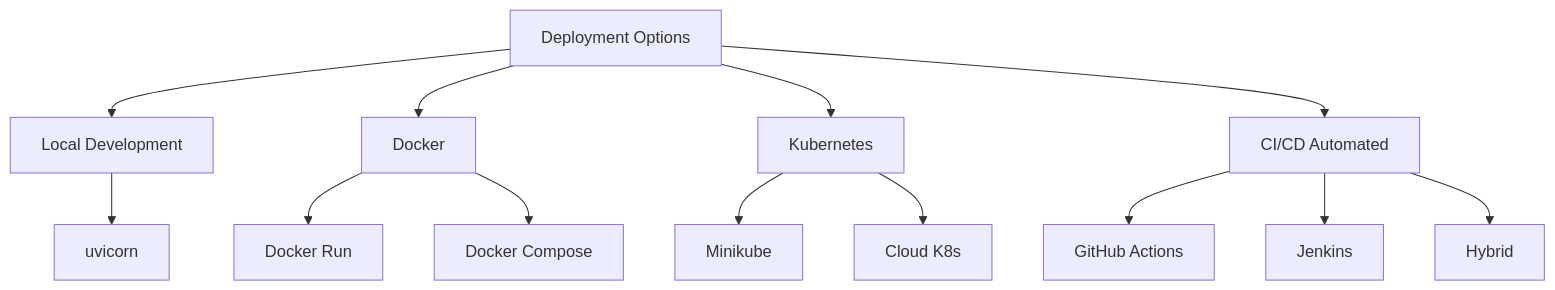
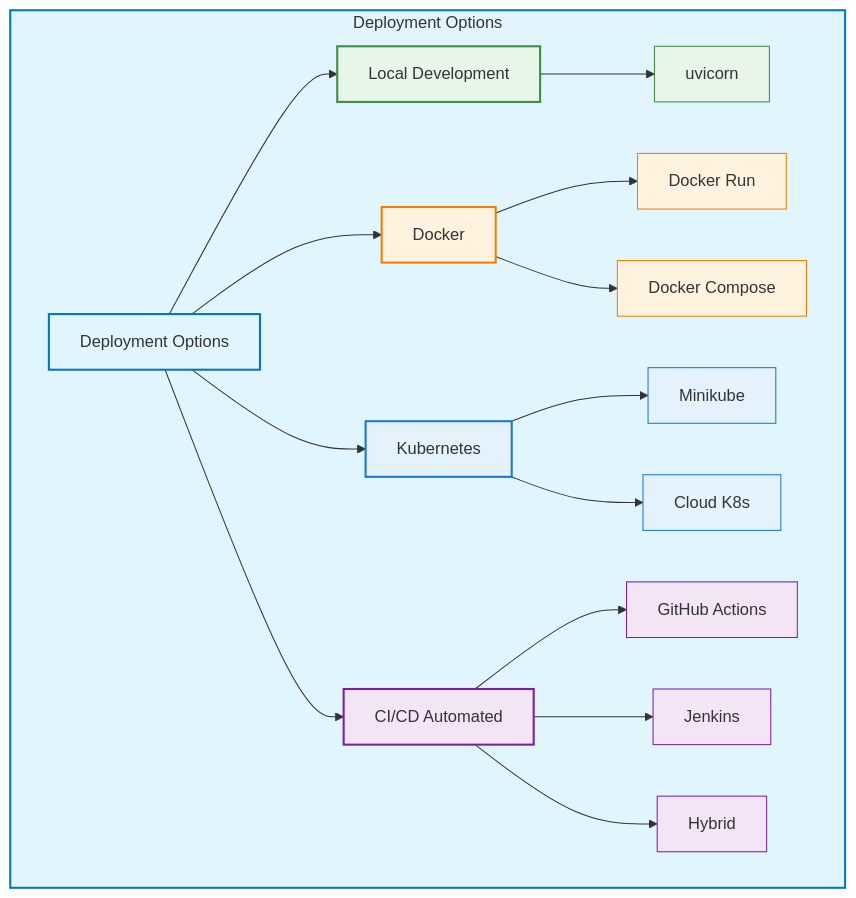
Before and after one commit to 2024aa05820/heart-disease-mlops: the eighth of 9 diagrams in README.md, drawn with Mermaid. The commit also changed other lines of this file and 1 other file, not shown here.

First line of the commit message:
Update Mermaid diagrams to top-to-bottom with color styling and configure Jenkins for PR merge

````diff
--- a/README.md
+++ b/README.md
@@ -493,16 +543,33 @@
 ```mermaid
 graph TB
-    A[Deployment Options] --> B[Local Development]
-    A --> C[Docker]
-    A --> D[Kubernetes]
-    A --> E[CI/CD Automated]
+    subgraph DEPLOY_OPT["Deployment Options"]
+        A["Deployment Options"] --> B["Local Development"]
+        A --> C["Docker"]
+        A --> D["Kubernetes"]
+        A --> E["CI/CD Automated"]
+        
+        B --> B1["uvicorn"]
+        C --> C1["Docker Run"]
+        C --> C2["Docker Compose"]
+        D --> D1["Minikube"]
+        D --> D2["Cloud K8s"]
+        E --> E1["GitHub Actions"]
+        E --> E2["Jenkins"]
+        E --> E3["Hybrid"]
+    end
     
-    B --> B1[uvicorn]
-    C --> C1[Docker Run]
-    C --> C2[Docker Compose]
-    D --> D1[Minikube]
-    D --> D2[Cloud K8s]
-    E --> E1[GitHub Actions]
-    E --> E2[Jenkins]
-    E --> E3[Hybrid]
+    style DEPLOY_OPT fill:#e1f5ff,stroke:#0277bd,stroke-width:2px
+    style A fill:#e1f5ff,stroke:#0277bd,stroke-width:2px
+    style B fill:#e8f5e9,stroke:#388e3c,stroke-width:2px
+    style C fill:#fff3e0,stroke:#f57c00,stroke-width:2px
+    style D fill:#e3f2fd,stroke:#1976d2,stroke-width:2px
+    style E fill:#f3e5f5,stroke:#7b1fa2,stroke-width:2px
+    style B1 fill:#e8f5e9,stroke:#388e3c,stroke-width:1px
+    style C1 fill:#fff3e0,stroke:#f57c00,stroke-width:1px
+    style C2 fill:#fff3e0,stroke:#f57c00,stroke-width:1px
+    style D1 fill:#e3f2fd,stroke:#1976d2,stroke-width:1px
+    style D2 fill:#e3f2fd,stroke:#1976d2,stroke-width:1px
+    style E1 fill:#f3e5f5,stroke:#7b1fa2,stroke-width:1px
+    style E2 fill:#f3e5f5,stroke:#7b1fa2,stroke-width:1px
+    style E3 fill:#f3e5f5,stroke:#7b1fa2,stroke-width:1px
 ```
````
